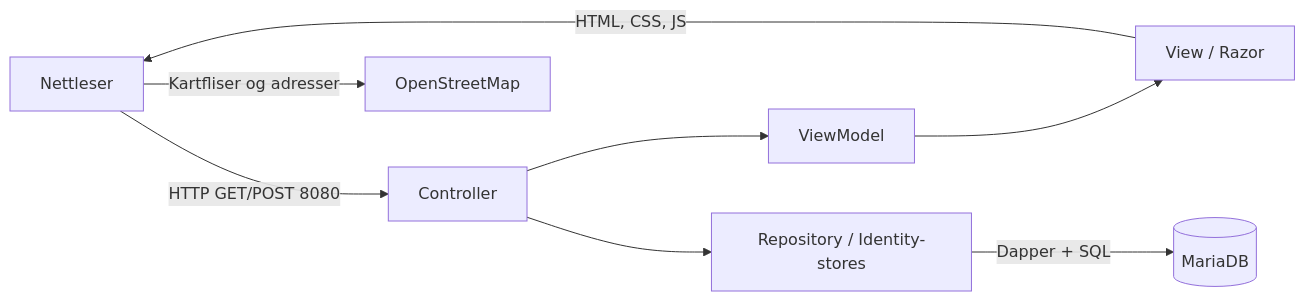
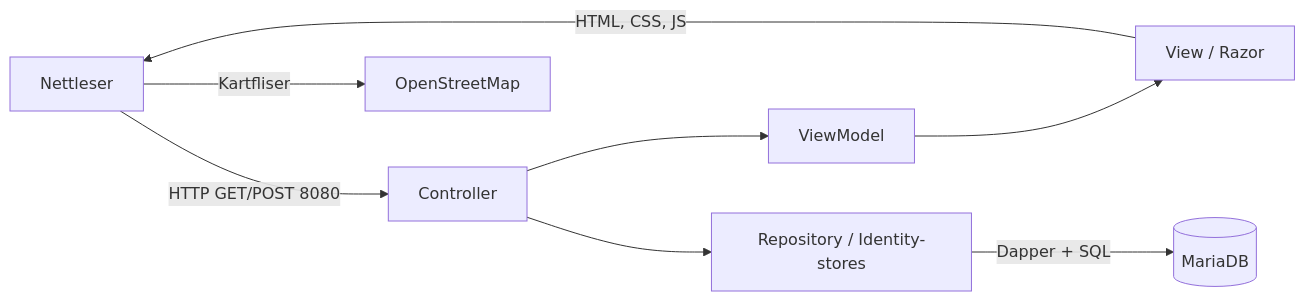
One commit to MahanBig/Semster3 changed the diagram in README.md. Above: the diagram before and after it, drawn with Mermaid. The commit also changed other lines of this file and 17 other files, not shown here.

````diff
--- a/README.md
+++ b/README.md
@@ -114,10 +113,10 @@
 ```mermaid
 flowchart LR
     B[Nettleser] -->|HTTP GET/POST 8080| C[Controller]
     C --> VM[ViewModel]
     VM --> V[View / Razor]
     V -->|HTML, CSS, JS| B
     C --> R[Repository / Identity-stores]
     R -->|Dapper + SQL| D[(MariaDB)]
-    B -->|Kartfliser og adresser| K[OpenStreetMap]
+    B -->|Kartfliser| K[OpenStreetMap]
 ```
````
